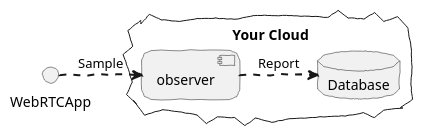
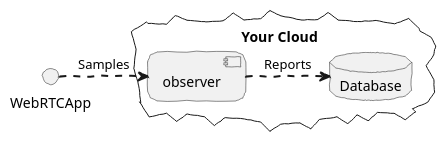
One commit to ObserveRTC/observer-service changed the diagram in docs/plantumls/superficial-overview.puml. Above: the diagram before and after it, drawn with PlantUML. The commit also changed 31 other files, not shown here.

```diff
--- a/docs/plantumls/superficial-overview.puml
+++ b/docs/plantumls/superficial-overview.puml
@@ -1,22 +1,20 @@
 @startuml
 skinparam handwritten true
 skinparam roundcorner 20
 skinparam monochrome true
 skinparam arrowThickness 2
 skinparam BoxPadding 60
 
 
 
 cloud "Your Cloud" #transparent {
 	component observer
 	database "Database" as processor
 }
 () "WebRTCApp" as client
 
 
-
-client ..r..> [observer] : Sample
-[observer] ..r..> processor: Report
-
+client ..r..> [observer] : Samples
+[observer] ..r..> processor: Reports
 
 @enduml
```
